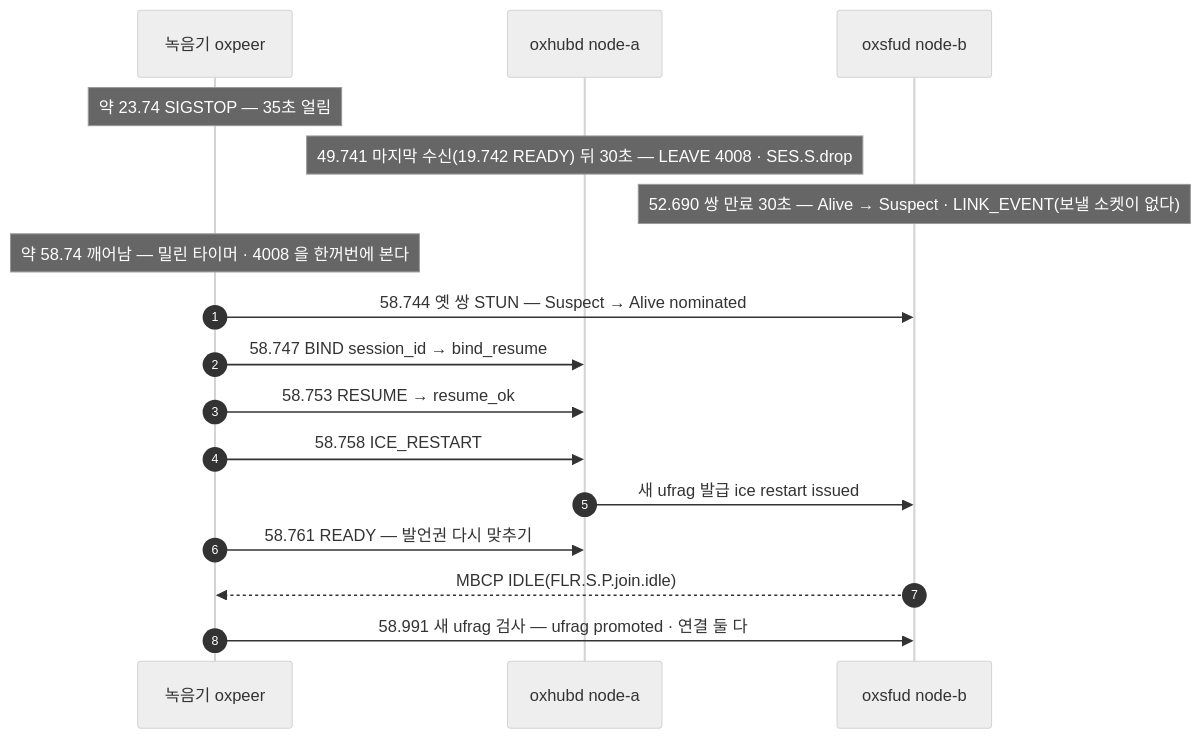
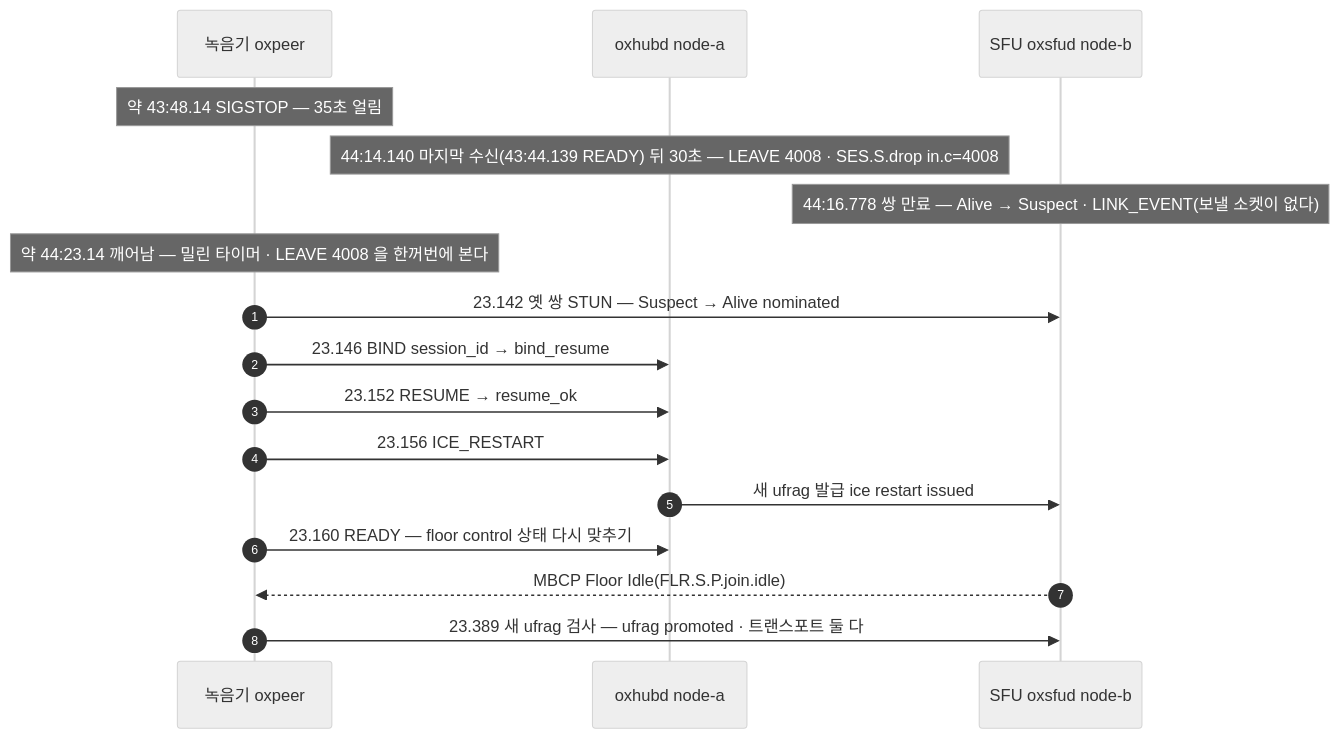
The third of 4 diagrams in docs/learn/10_RECOVERY.md (kodeholic9/oxlens-sfu), drawn with Mermaid (neutral theme) before and after one commit. The commit also changed other lines of this file and 19 other files, not shown here.

Commit message:
발언권 줄 mbcp_seq 를 와이어 SEQ 로(f6bbf02 S4 수리가 다른 칸 o.m.n 을 실어 늘 0) · 학습 문서 공개판 현행화(표준 용어 · 새 회차 값)(context 202611/20261109a 현행화)

````diff
--- a/docs/learn/10_RECOVERY.md
+++ b/docs/learn/10_RECOVERY.md
@@ -118,19 +122,19 @@
 ```mermaid
 sequenceDiagram
   autonumber
   participant P as 녹음기 oxpeer
   participant H as oxhubd node-a
-  participant S as oxsfud node-b
-  Note over P: 약 23.74 SIGSTOP — 35초 얼림
-  Note over H: 49.741 마지막 수신(19.742 READY) 뒤 30초 — LEAVE 4008 · SES.S.drop
-  Note over S: 52.690 쌍 만료 30초 — Alive → Suspect · LINK_EVENT(보낼 소켓이 없다)
-  Note over P: 약 58.74 깨어남 — 밀린 타이머 · 4008 을 한꺼번에 본다
-  P->>S: 58.744 옛 쌍 STUN — Suspect → Alive nominated
-  P->>H: 58.747 BIND session_id → bind_resume
-  P->>H: 58.753 RESUME → resume_ok
-  P->>H: 58.758 ICE_RESTART
+  participant S as SFU oxsfud node-b
+  Note over P: 약 43:48.14 SIGSTOP — 35초 얼림
+  Note over H: 44:14.140 마지막 수신(43:44.139 READY) 뒤 30초 — LEAVE 4008 · SES.S.drop in.c=4008
+  Note over S: 44:16.778 쌍 만료 — Alive → Suspect · LINK_EVENT(보낼 소켓이 없다)
+  Note over P: 약 44:23.14 깨어남 — 밀린 타이머 · LEAVE 4008 을 한꺼번에 본다
+  P->>S: 23.142 옛 쌍 STUN — Suspect → Alive nominated
+  P->>H: 23.146 BIND session_id → bind_resume
+  P->>H: 23.152 RESUME → resume_ok
+  P->>H: 23.156 ICE_RESTART
   H->>S: 새 ufrag 발급 ice restart issued
-  P->>H: 58.761 READY — 발언권 다시 맞추기
-  S-->>P: MBCP IDLE(FLR.S.P.join.idle)
-  P->>S: 58.991 새 ufrag 검사 — ufrag promoted · 연결 둘 다
+  P->>H: 23.160 READY — floor control 상태 다시 맞추기
+  S-->>P: MBCP Floor Idle(FLR.S.P.join.idle)
+  P->>S: 23.389 새 ufrag 검사 — ufrag promoted · 트랜스포트 둘 다
 ```
````
